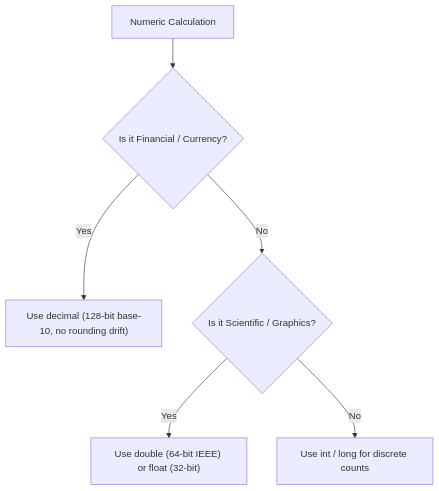
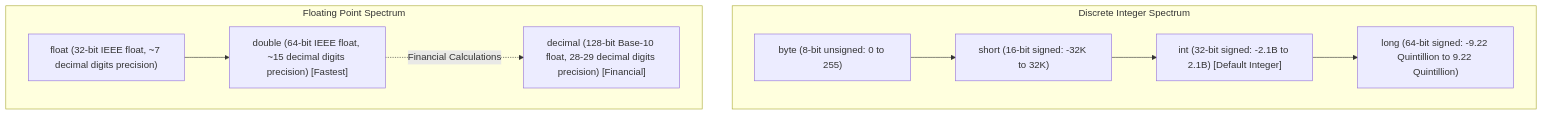
Before and after one commit to Singhkunall/Csharp-learning: the diagram in Main/Topics/07_EssentialBuiltInTypes/README.md, drawn with Mermaid. The commit also changed other lines of this file and 19 other files, not shown here.

Commit message:
Enhance: In-depth story-driven theory, architecture diagrams, and comprehensive code for Phases 1 & 2 (Topics 01-10)

````diff
--- a/Main/Topics/07_EssentialBuiltInTypes/README.md
+++ b/Main/Topics/07_EssentialBuiltInTypes/README.md
@@ -25,8 +30,18 @@
 ```mermaid
 flowchart TD
-    A["Numeric Calculation"] --> B{"Is it Financial / Currency?"}
-    B -- Yes --> C["Use decimal (128-bit base-10, no rounding drift)"]
-    B -- No --> D{"Is it Scientific / Graphics?"}
-    D -- Yes --> E["Use double (64-bit IEEE) or float (32-bit)"]
-    D -- No --> F["Use int / long for discrete counts"]
+    subgraph Integer_Types["Discrete Integer Spectrum"]
+        B["byte (8-bit unsigned: 0 to 255)"]
+        S["short (16-bit signed: -32K to 32K)"]
+        I["int (32-bit signed: -2.1B to 2.1B) [Default Integer]"]
+        L["long (64-bit signed: -9.22 Quintillion to 9.22 Quintillion)"]
+        B --> S --> I --> L
+    end
+
+    subgraph Floating_Point["Floating Point Spectrum"]
+        F["float (32-bit IEEE float, ~7 decimal digits precision)"]
+        D["double (64-bit IEEE float, ~15 decimal digits precision) [Fastest]"]
+        M["decimal (128-bit Base-10 float, 28-29 decimal digits precision) [Financial]"]
+        F --> D
+        D -.->|Financial Calculations| M
+    end
 ```
````
